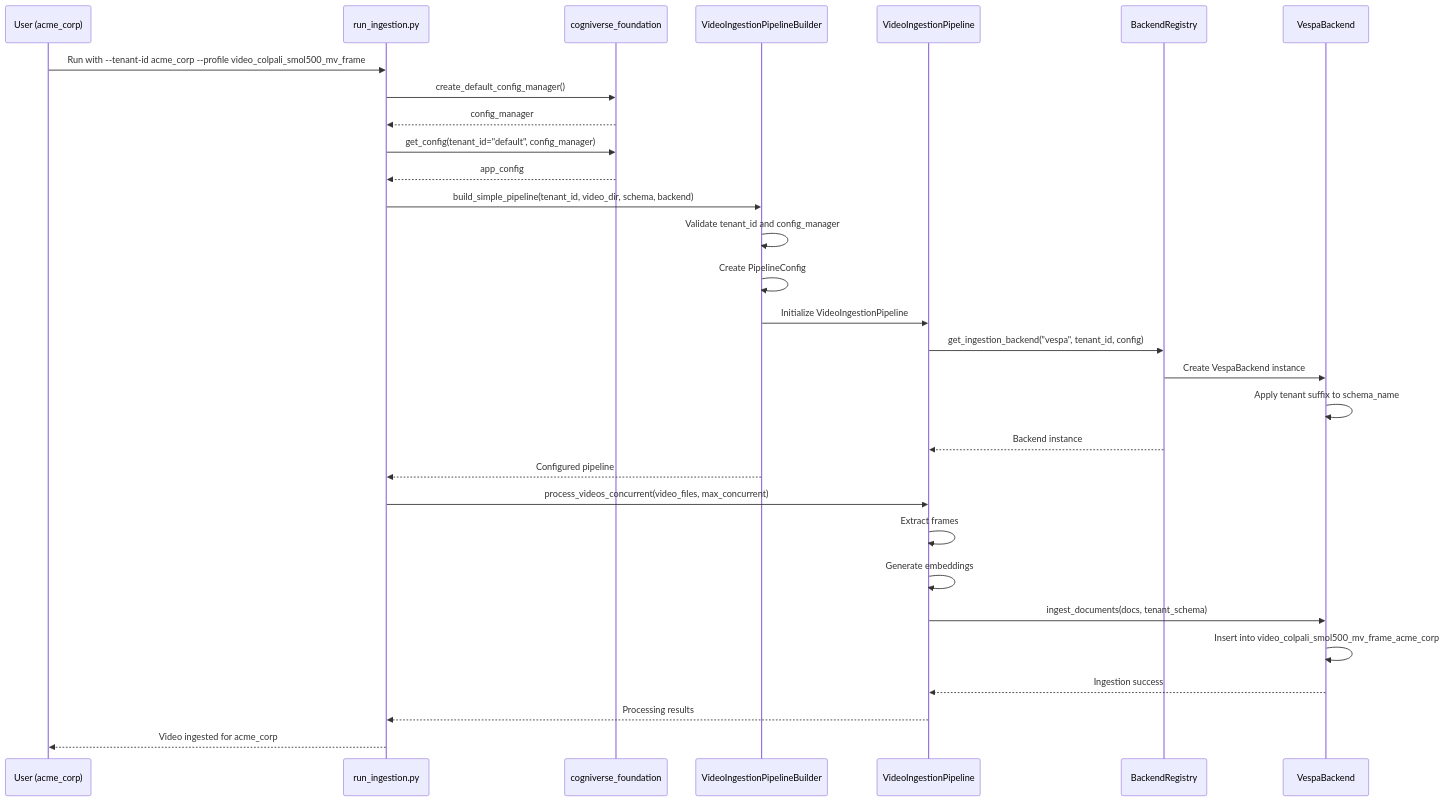
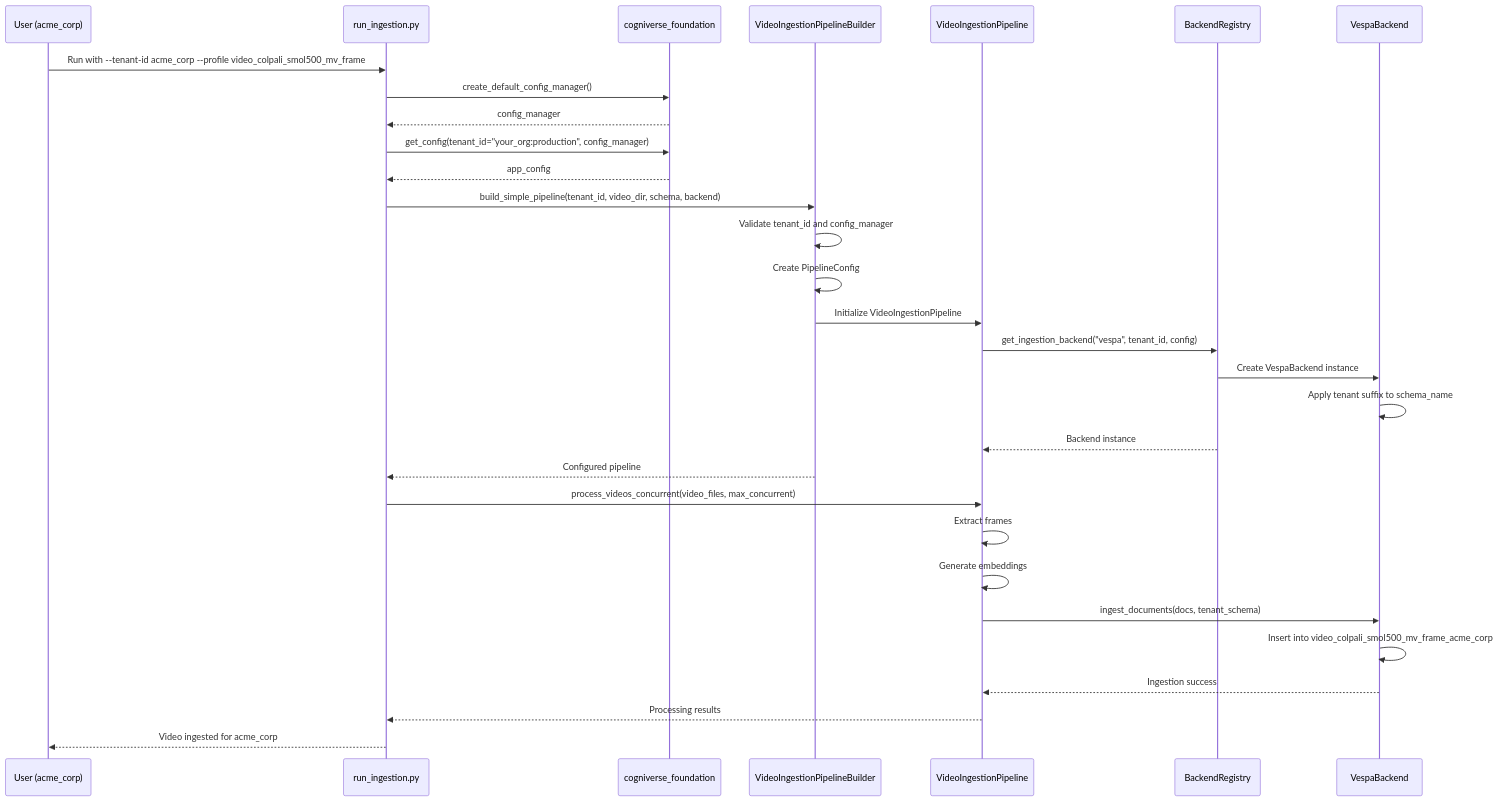
One commit to amit-jain/cogniverse changed the seventh of 19 diagrams in docs/diagrams/multi-tenant-diagrams.md. Above: the diagram before and after it, drawn with Mermaid. The commit also changed 22 other files, not shown here.

First line of the commit message:
Update stale tenant_id="default" doc examples to placeholder

````diff
--- a/docs/diagrams/multi-tenant-diagrams.md
+++ b/docs/diagrams/multi-tenant-diagrams.md
@@ -308,38 +308,38 @@
 ```mermaid
 sequenceDiagram
     participant User as User (acme_corp)
     participant Script as run_ingestion.py
     participant Foundation as cogniverse_foundation
     participant Builder as VideoIngestionPipelineBuilder
     participant Pipeline as VideoIngestionPipeline
     participant Registry as BackendRegistry
     participant Vespa as VespaBackend
 
     User->>Script: Run with --tenant-id acme_corp --profile video_colpali_smol500_mv_frame
 
     Script->>Foundation: create_default_config_manager()
     Foundation-->>Script: config_manager
 
-    Script->>Foundation: get_config(tenant_id="default", config_manager)
+    Script->>Foundation: get_config(tenant_id="your_org:production", config_manager)
     Foundation-->>Script: app_config
 
     Script->>Builder: build_simple_pipeline(tenant_id, video_dir, schema, backend)
     Builder->>Builder: Validate tenant_id and config_manager
     Builder->>Builder: Create PipelineConfig
     Builder->>Pipeline: Initialize VideoIngestionPipeline
     Pipeline->>Registry: get_ingestion_backend("vespa", tenant_id, config)
     Registry->>Vespa: Create VespaBackend instance
     Vespa->>Vespa: Apply tenant suffix to schema_name
     Registry-->>Pipeline: Backend instance
     Builder-->>Script: Configured pipeline
 
     Script->>Pipeline: process_videos_concurrent(video_files, max_concurrent)
     Pipeline->>Pipeline: Extract frames
     Pipeline->>Pipeline: Generate embeddings
     Pipeline->>Vespa: ingest_documents(docs, tenant_schema)
     Vespa->>Vespa: Insert into video_colpali_smol500_mv_frame_acme_corp
     Vespa-->>Pipeline: Ingestion success
 
     Pipeline-->>Script: Processing results
     Script-->>User: Video ingested for acme_corp
 ```
````
